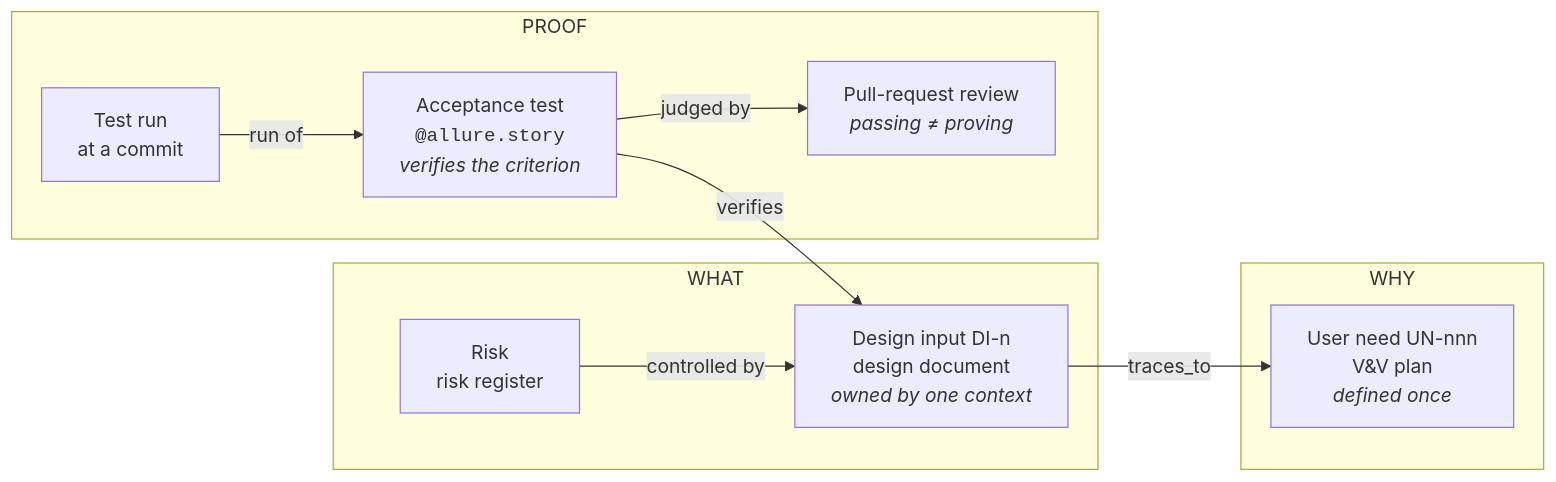
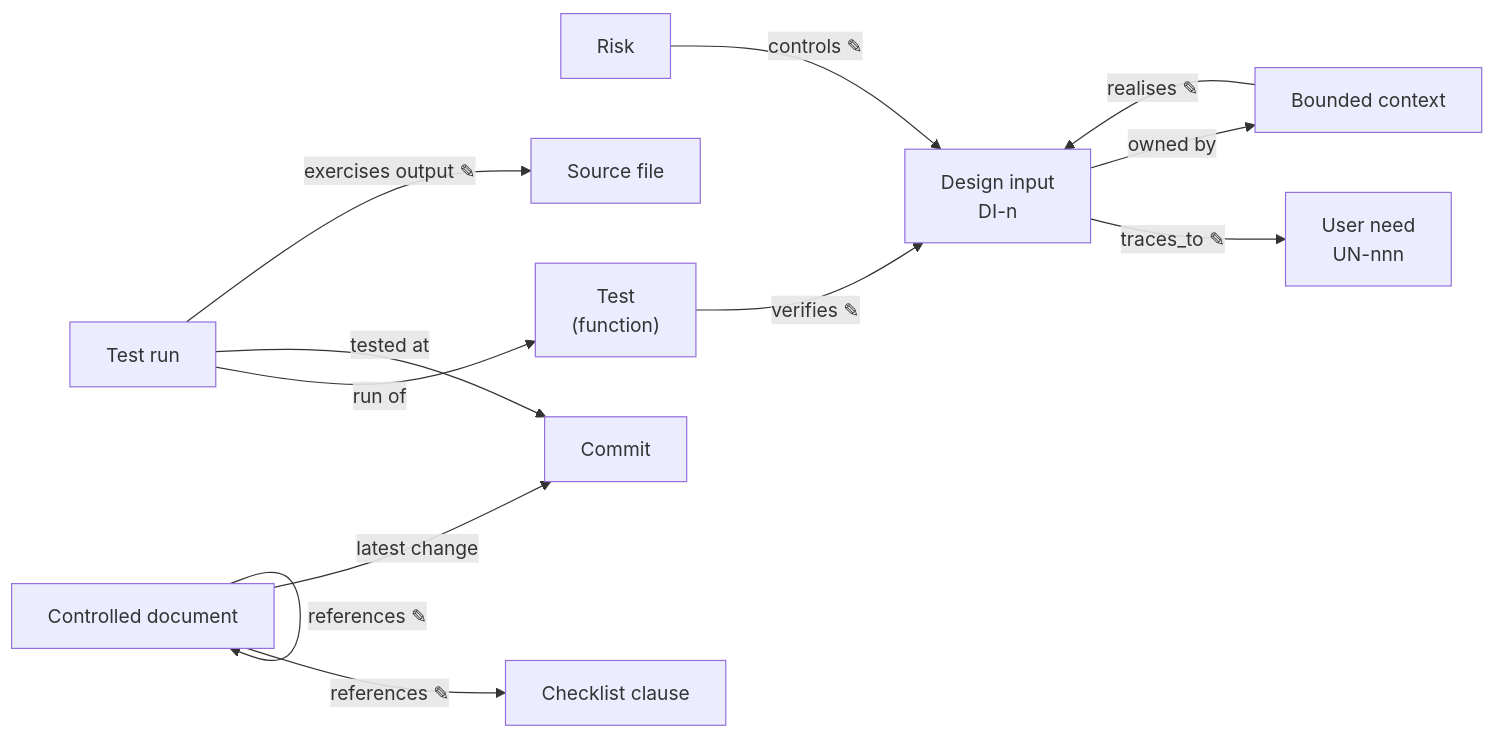
The first of 2 diagrams in docs/record-first-architecture.md (scope-impact/rdm), drawn with Mermaid before and after one commit. The commit also changed other lines of this file and 29 other files, not shown here.

````diff
--- a/docs/record-first-architecture.md
+++ b/docs/record-first-architecture.md
@@ -34,20 +36,25 @@
 ```mermaid
 flowchart LR
-    subgraph why["WHY"]
-        UN["User need UN-nnn<br>V&V plan<br><i>defined once</i>"]
-    end
-    subgraph what["WHAT"]
-        DI["Design input DI-n<br>design document<br><i>owned by one context</i>"]
-        RISK["Risk<br>risk register"]
-    end
-    subgraph proof["PROOF"]
-        TEST["Acceptance test<br><code>@allure.story</code><br><i>verifies the criterion</i>"]
-        RUN["Test run<br>at a commit"]
-        PR["Pull-request review<br><i>passing ≠ proving</i>"]
-    end
-    DI -- "traces_to" --> UN
-    RISK -- "controlled by" --> DI
-    TEST -- "verifies" --> DI
-    RUN -- "run of" --> TEST
-    TEST -- "judged by" --> PR
+    UN["User need<br>UN-nnn"]
+    DI["Design input<br>DI-n"]
+    CTX["Bounded context"]
+    DOC["Controlled document"]
+    RISK["Risk"]
+    CL["Checklist clause"]
+    T["Test<br>(function)"]
+    RUN["Test run"]
+    C["Commit"]
+    SRC["Source file"]
+
+    DI -- "traces_to ✎" --> UN
+    DI -- "owned by" --> CTX
+    CTX -- "realises ✎" --> DI
+    RISK -- "controls ✎" --> DI
+    T -- "verifies ✎" --> DI
+    RUN -- "run of" --> T
+    RUN -- "tested at" --> C
+    RUN -- "exercises output ✎" --> SRC
+    DOC -- "references ✎" --> CL
+    DOC -- "references ✎" --> DOC
+    DOC -- "latest change" --> C
 ```
````
